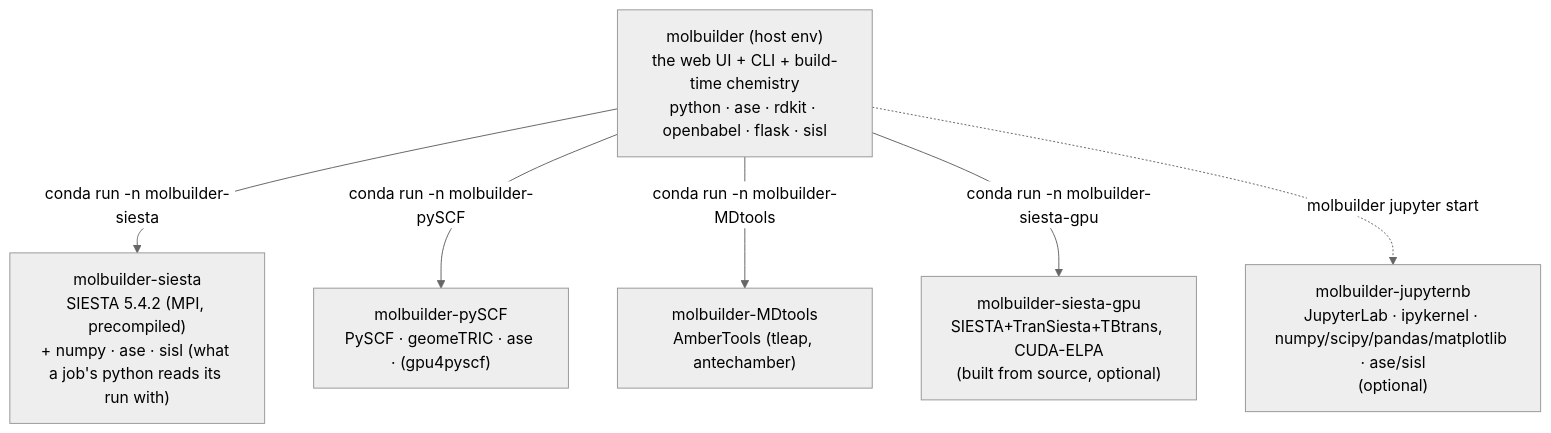
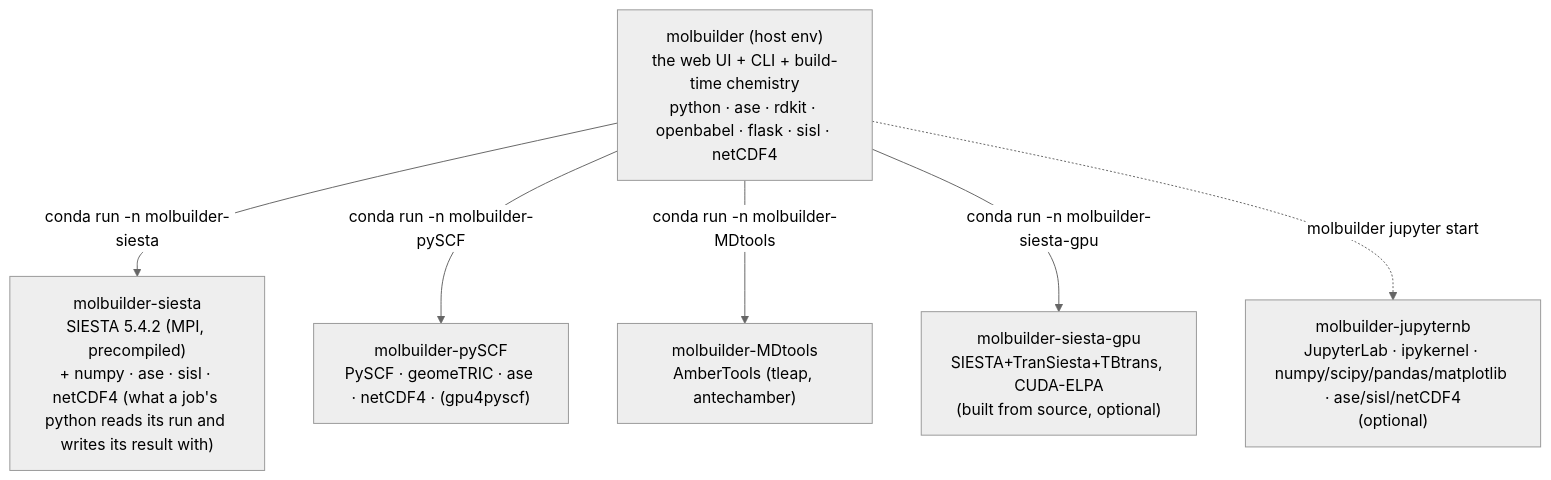
One commit to Qing-LAB/molbuilder changed the diagram in docs/ops/installation.md. Above: the diagram before and after it, drawn with Mermaid (neutral theme). The commit also changed other lines of this file and 41 other files, not shown here.

````diff
--- a/docs/ops/installation.md
+++ b/docs/ops/installation.md
@@ -24,9 +25,9 @@
 ```mermaid
 flowchart TD
-  HOST["molbuilder (host env)<br/>the web UI + CLI + build-time chemistry<br/>python · ase · rdkit · openbabel · flask · sisl"]
-  HOST -->|"conda run -n molbuilder-siesta"| SI["molbuilder-siesta<br/>SIESTA 5.4.2 (MPI, precompiled)<br/>+ numpy · ase · sisl (what a job's python reads its run with)"]
-  HOST -->|"conda run -n molbuilder-pySCF"| PY["molbuilder-pySCF<br/>PySCF · geomeTRIC · ase · (gpu4pyscf)"]
+  HOST["molbuilder (host env)<br/>the web UI + CLI + build-time chemistry<br/>python · ase · rdkit · openbabel · flask · sisl · netCDF4"]
+  HOST -->|"conda run -n molbuilder-siesta"| SI["molbuilder-siesta<br/>SIESTA 5.4.2 (MPI, precompiled)<br/>+ numpy · ase · sisl · netCDF4 (what a job's python reads its run and writes its result with)"]
+  HOST -->|"conda run -n molbuilder-pySCF"| PY["molbuilder-pySCF<br/>PySCF · geomeTRIC · ase · netCDF4 · (gpu4pyscf)"]
   HOST -->|"conda run -n molbuilder-MDtools"| MD["molbuilder-MDtools<br/>AmberTools (tleap, antechamber)"]
   HOST -->|"conda run -n molbuilder-siesta-gpu"| GPU["molbuilder-siesta-gpu<br/>SIESTA+TranSiesta+TBtrans, CUDA-ELPA<br/>(built from source, optional)"]
-  HOST -.->|"molbuilder jupyter start"| NB["molbuilder-jupyternb<br/>JupyterLab · ipykernel · numpy/scipy/pandas/matplotlib · ase/sisl<br/>(optional)"]
+  HOST -.->|"molbuilder jupyter start"| NB["molbuilder-jupyternb<br/>JupyterLab · ipykernel · numpy/scipy/pandas/matplotlib · ase/sisl/netCDF4<br/>(optional)"]
 ```
````
